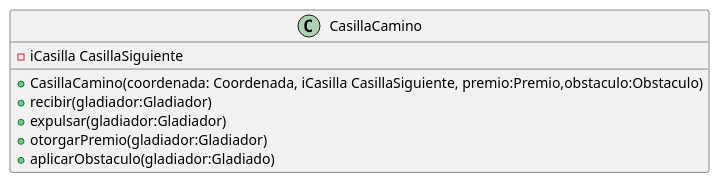
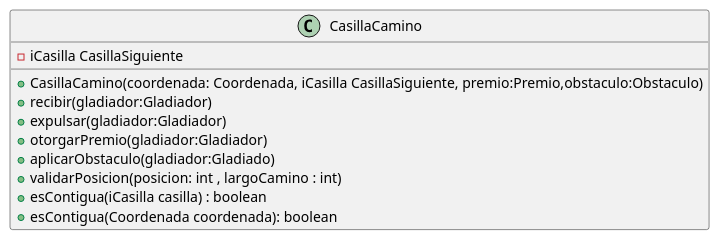
One commit to mcumskov/Algo3_tp2 changed the diagram in diagrams/clases/casilla/clase_casilla.plantuml. Above: the diagram before and after it, drawn with PlantUML. The commit also changed 19 other files, not shown here.

```diff
--- a/diagrams/clases/casilla/clase_casilla.plantuml
+++ b/diagrams/clases/casilla/clase_casilla.plantuml
@@ -1,10 +1,13 @@
 @startuml
 class CasillaCamino {
     - iCasilla CasillaSiguiente
     + CasillaCamino(coordenada: Coordenada, iCasilla CasillaSiguiente, premio:Premio,obstaculo:Obstaculo)
     + recibir(gladiador:Gladiador)
     + expulsar(gladiador:Gladiador)
     + otorgarPremio(gladiador:Gladiador)
     + aplicarObstaculo(gladiador:Gladiado)
+    + validarPosicion(posicion: int , largoCamino : int)
+    + esContigua(iCasilla casilla) : boolean
+    + esContigua(Coordenada coordenada): boolean
 }
 @enduml
```
